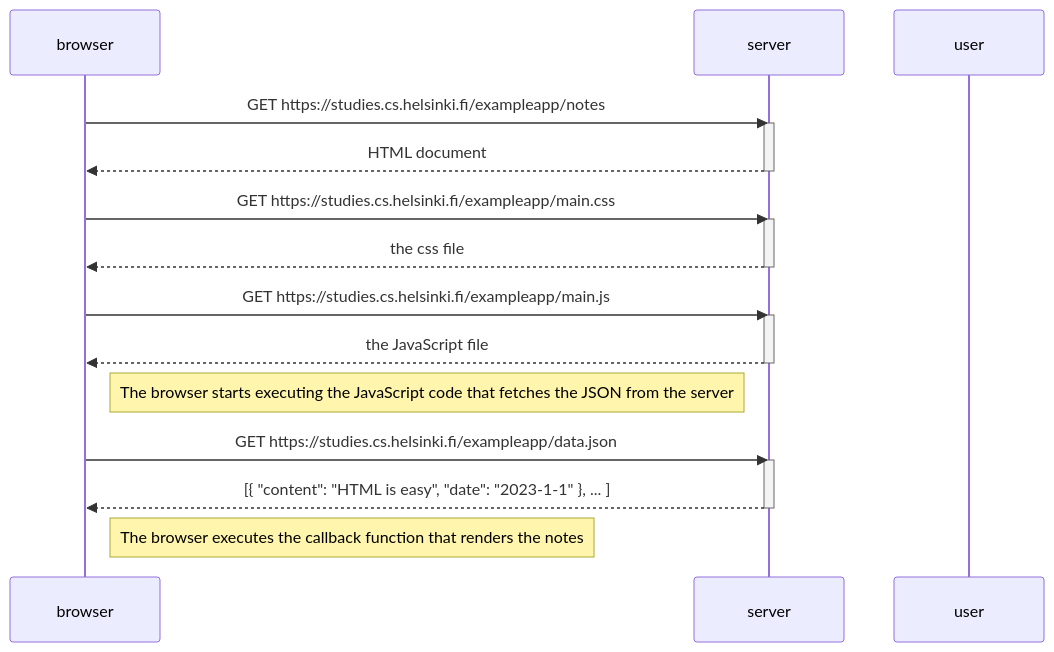
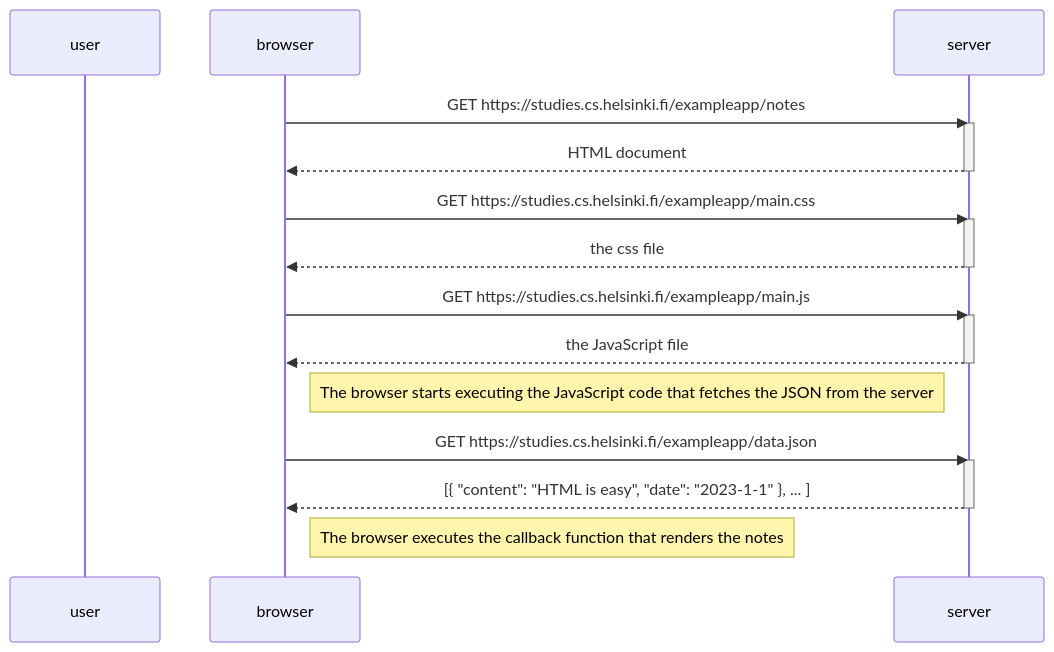
One commit to byteGabo/wordtest changed the diagram in README.md. Above: the diagram before and after it, drawn with Mermaid. The commit also changed other lines of this file, not shown here.

````diff
--- a/README.md
+++ b/README.md
@@ -1,33 +1,33 @@
  ```mermaid
 
 sequenceDiagram
+    participant user
     participant browser
     participant server
-    participant user
 
     browser->>server: GET https://studies.cs.helsinki.fi/exampleapp/notes
     activate server
     server-->>browser: HTML document
     deactivate server
 
     browser->>server: GET https://studies.cs.helsinki.fi/exampleapp/main.css
     activate server
     server-->>browser: the css file
     deactivate server
 
     browser->>server: GET https://studies.cs.helsinki.fi/exampleapp/main.js
     activate server
     server-->>browser: the JavaScript file
     deactivate server
 
     Note right of browser: The browser starts executing the JavaScript code that fetches the JSON from the server
 
     browser->>server: GET https://studies.cs.helsinki.fi/exampleapp/data.json
     activate server
     server-->>browser: [{ "content": "HTML is easy", "date": "2023-1-1" }, ... ]
     deactivate server
 
     Note right of browser: The browser executes the callback function that renders the notes
 
 
 ```
````
